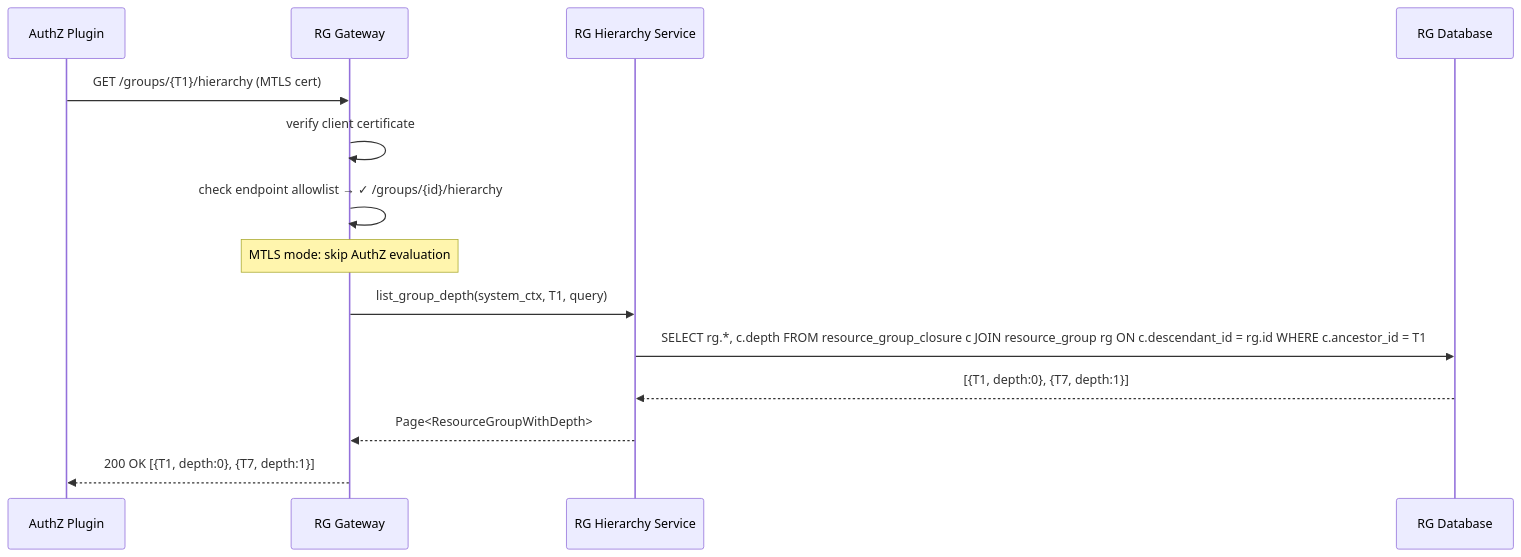
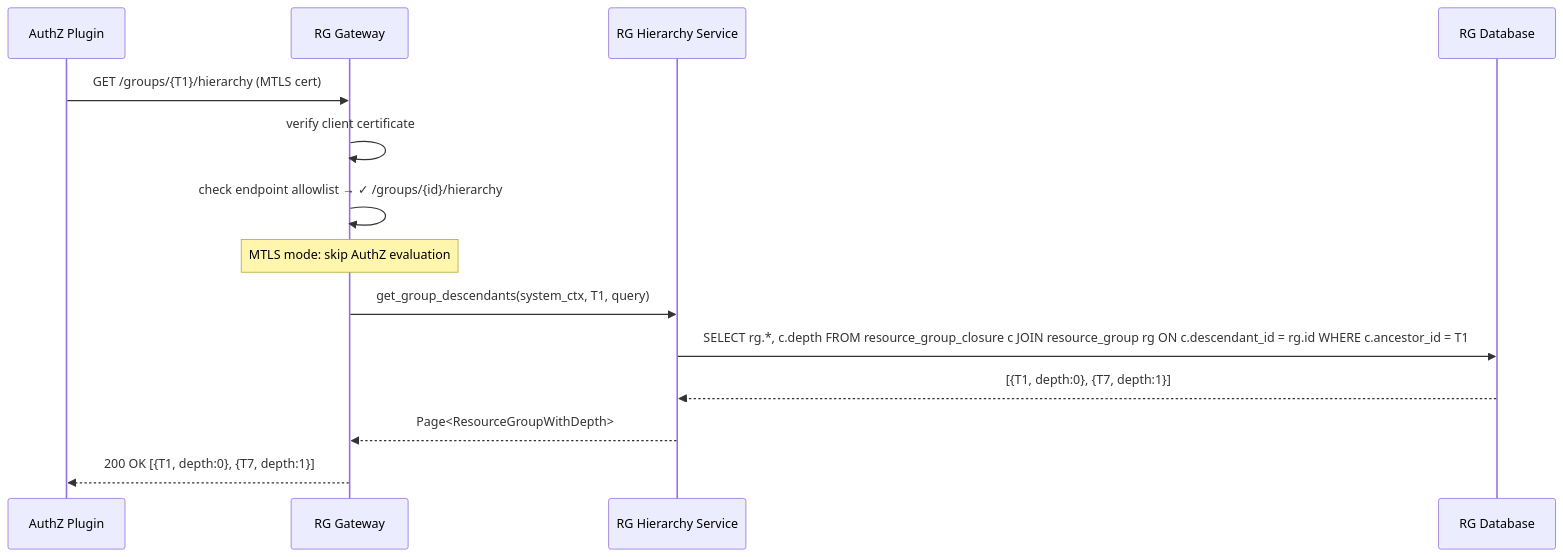
Before and after one commit to ffedoroff/gears-rust: the seventh of 8 diagrams in gears/system/resource-group/docs/DESIGN.md, drawn with Mermaid. The commit also changed other lines of this file and 10 other files, not shown here.

````diff
--- a/gears/system/resource-group/docs/DESIGN.md
+++ b/gears/system/resource-group/docs/DESIGN.md
@@ -962,19 +964,19 @@
 ```mermaid
 sequenceDiagram
     participant AZ as AuthZ Plugin
     participant RG_GW as RG Gateway
     participant RG_SVC as RG Hierarchy Service
     participant DB as RG Database
 
     AZ->>RG_GW: GET /groups/{T1}/hierarchy (MTLS cert)
     RG_GW->>RG_GW: verify client certificate
     RG_GW->>RG_GW: check endpoint allowlist → ✓ /groups/{id}/hierarchy
 
     Note over RG_GW: MTLS mode: skip AuthZ evaluation
 
-    RG_GW->>RG_SVC: list_group_depth(system_ctx, T1, query)
+    RG_GW->>RG_SVC: get_group_descendants(system_ctx, T1, query)
     RG_SVC->>DB: SELECT rg.*, c.depth FROM resource_group_closure c JOIN resource_group rg ON c.descendant_id = rg.id WHERE c.ancestor_id = T1
     DB-->>RG_SVC: [{T1, depth:0}, {T7, depth:1}]
     RG_SVC-->>RG_GW: Page<ResourceGroupWithDepth>
     RG_GW-->>AZ: 200 OK [{T1, depth:0}, {T7, depth:1}]
 ```
````
